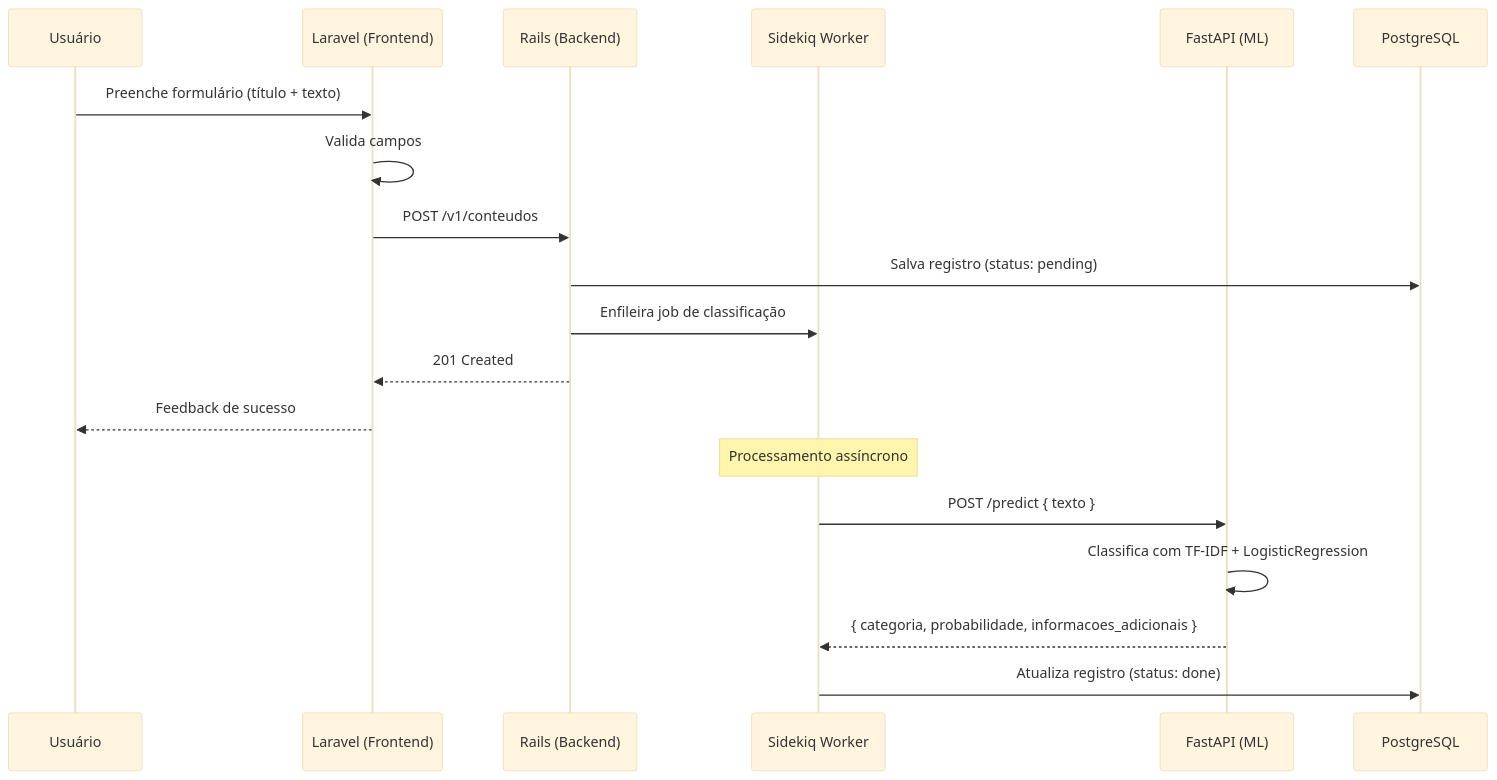
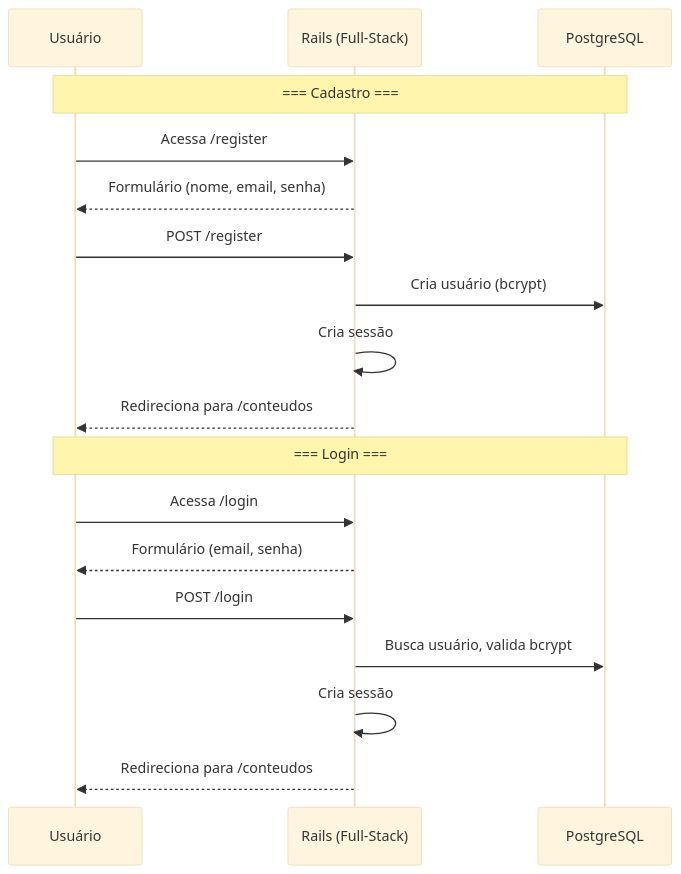
One commit to DessimA/tech-mind changed the first of 2 diagrams in docs/01-requisitos-funcionais.md. Above: the diagram before and after it, drawn with Mermaid (base theme). The commit also changed other lines of this file and 115 other files, not shown here.

Commit message:
refactor(web): namespace Web:: and Api:: to separate frontend/backend layers

````diff
--- a/docs/01-requisitos-funcionais.md
+++ b/docs/01-requisitos-funcionais.md
@@ -28,23 +16,22 @@
 ```mermaid
 sequenceDiagram
-    participant User as Usuário
-    participant Laravel as Laravel (Frontend)
-    participant Rails as Rails (Backend)
-    participant Sidekiq as Sidekiq Worker
-    participant FastAPI as FastAPI (ML)
+    participant U as Usuário
+    participant Rails as Rails (Full-Stack)
     participant DB as PostgreSQL
 
-    User->>Laravel: Preenche formulário (título + texto)
-    Laravel->>Laravel: Valida campos
-    Laravel->>Rails: POST /v1/conteudos
-    Rails->>DB: Salva registro (status: pending)
-    Rails->>Sidekiq: Enfileira job de classificação
-    Rails-->>Laravel: 201 Created
-    Laravel-->>User: Feedback de sucesso
+    Note over U,DB: === Cadastro ===
+    U->>Rails: Acessa /register
+    Rails-->>U: Formulário (nome, email, senha)
+    U->>Rails: POST /register
+    Rails->>DB: Cria usuário (bcrypt)
+    Rails->>Rails: Cria sessão
+    Rails-->>U: Redireciona para /conteudos
 
-    Note over Sidekiq: Processamento assíncrono
-    Sidekiq->>FastAPI: POST /predict { texto }
-    FastAPI->>FastAPI: Classifica com TF-IDF + LogisticRegression
-    FastAPI-->>Sidekiq: { categoria, probabilidade, informacoes_adicionais }
-    Sidekiq->>DB: Atualiza registro (status: done)
+    Note over U,DB: === Login ===
+    U->>Rails: Acessa /login
+    Rails-->>U: Formulário (email, senha)
+    U->>Rails: POST /login
+    Rails->>DB: Busca usuário, valida bcrypt
+    Rails->>Rails: Cria sessão
+    Rails-->>U: Redireciona para /conteudos
 ```
````
